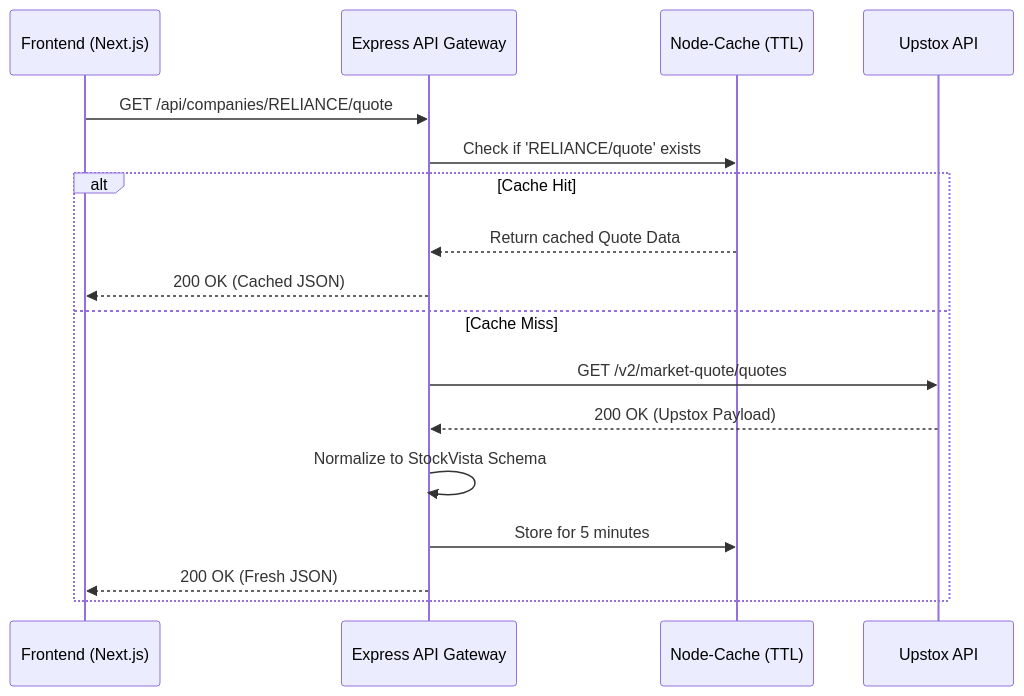
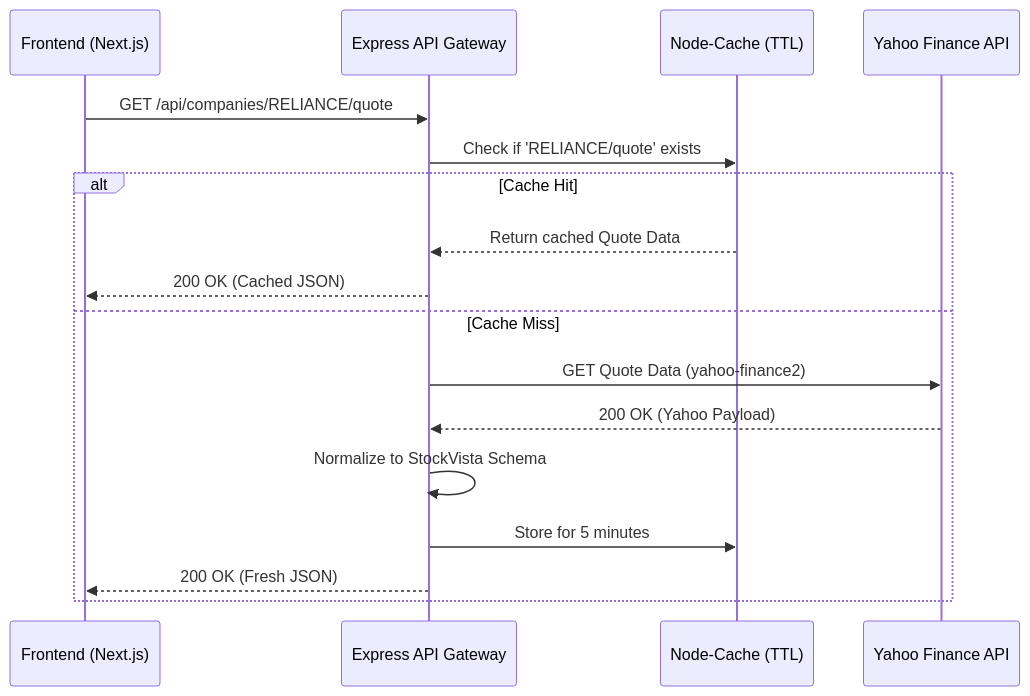
Before and after one commit to Komalgiri/StockVista: the diagram in README.md, drawn with Mermaid. The commit also changed other lines of this file, not shown here.

Commit message:
Update README for Yahoo

````diff
--- a/README.md
+++ b/README.md
@@ -34,20 +34,20 @@
 ```mermaid
 sequenceDiagram
     participant Client as Frontend (Next.js)
     participant Backend as Express API Gateway
     participant Cache as Node-Cache (TTL)
-    participant Provider as Upstox API
+    participant Provider as Yahoo Finance API
     
     Client->>Backend: GET /api/companies/RELIANCE/quote
     Backend->>Cache: Check if 'RELIANCE/quote' exists
     alt Cache Hit
         Cache-->>Backend: Return cached Quote Data
         Backend-->>Client: 200 OK (Cached JSON)
     else Cache Miss
-        Backend->>Provider: GET /v2/market-quote/quotes
-        Provider-->>Backend: 200 OK (Upstox Payload)
+        Backend->>Provider: GET Quote Data (yahoo-finance2)
+        Provider-->>Backend: 200 OK (Yahoo Payload)
         Backend->>Backend: Normalize to StockVista Schema
         Backend->>Cache: Store for 5 minutes
         Backend-->>Client: 200 OK (Fresh JSON)
     end
 ```
````
